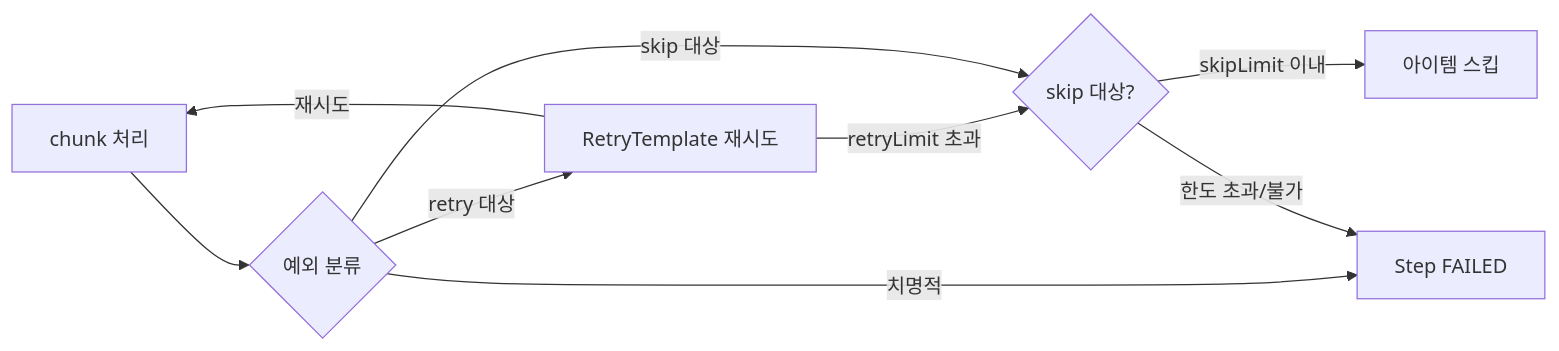
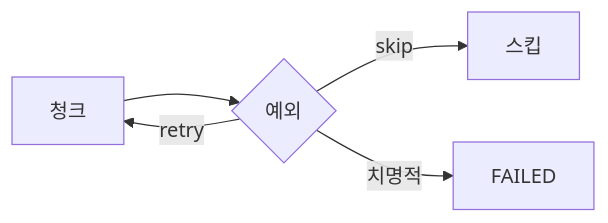
Before and after one commit to yjkim2015/yjkim2015.github.io: the fifth of 6 diagrams in _posts/batch/2026-05-03-spring-batch-chunk-processing.md, drawn with Mermaid. The commit also changed other lines of this file and 163 other files, not shown here.

First line of the commit message:
Mermaid 300개 블록 내용 축소: 5노드 5엣지 이하, 의미 있는 약어

````diff
--- a/_posts/batch/2026-05-03-spring-batch-chunk-processing.md
+++ b/_posts/batch/2026-05-03-spring-batch-chunk-processing.md
@@ -349,11 +345,7 @@
 ```mermaid
-flowchart LR
-    A["chunk 처리"] --> C{"예외 분류"}
-    C -->|"retry 대상"| D["RetryTemplate 재시도"]
-    D -->|"retryLimit 초과"| F{"skip 대상?"}
-    D -->|"재시도"| A
-    C -->|"skip 대상"| F
-    C -->|"치명적"| G["Step FAILED"]
-    F -->|"skipLimit 이내"| I["아이템 스킵"]
-    F -->|"한도 초과/불가"| G
+graph LR
+    A["청크"] --> C{"예외"}
+    C -->|"retry"| A
+    C -->|"skip"| I["스킵"]
+    C -->|"치명적"| G["FAILED"]
 ```
````
